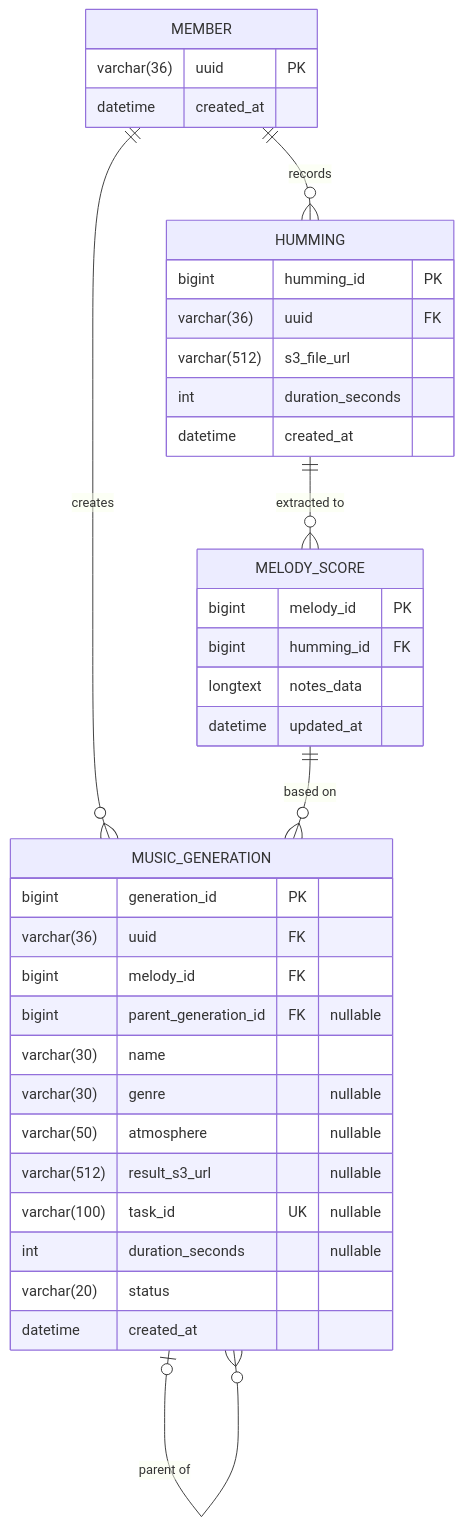
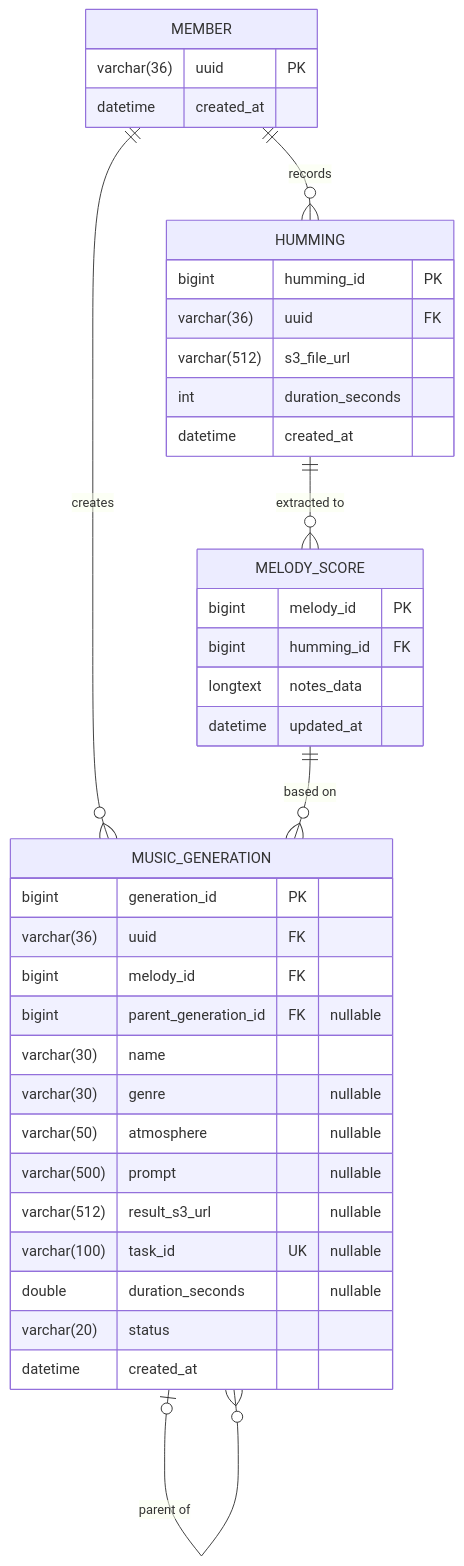
The diagram in infra/db/ERD.md (Humix-Project/humix-backend), drawn with Mermaid before and after one commit. The commit also changed other lines of this file and 10 other files, not shown here.

````diff
--- a/infra/db/ERD.md
+++ b/infra/db/ERD.md
@@ -6,43 +6,44 @@
 ```mermaid
 erDiagram
     MEMBER ||--o{ HUMMING : "records"
     MEMBER ||--o{ MUSIC_GENERATION : "creates"
     HUMMING ||--o{ MELODY_SCORE : "extracted to"
     MELODY_SCORE ||--o{ MUSIC_GENERATION : "based on"
     MUSIC_GENERATION |o--o{ MUSIC_GENERATION : "parent of"
 
     MEMBER {
         varchar(36) uuid PK
         datetime created_at
     }
 
     HUMMING {
         bigint humming_id PK
         varchar(36) uuid FK
         varchar(512) s3_file_url
         int duration_seconds
         datetime created_at
     }
 
     MELODY_SCORE {
         bigint melody_id PK
         bigint humming_id FK
         longtext notes_data
         datetime updated_at
     }
 
     MUSIC_GENERATION {
         bigint generation_id PK
         varchar(36) uuid FK
         bigint melody_id FK
         bigint parent_generation_id FK "nullable"
         varchar(30) name
         varchar(30) genre "nullable"
         varchar(50) atmosphere "nullable"
+        varchar(500) prompt "nullable"
         varchar(512) result_s3_url "nullable"
         varchar(100) task_id UK "nullable"
-        int duration_seconds "nullable"
+        double duration_seconds "nullable"
         varchar(20) status
         datetime created_at
     }
 ```
````
